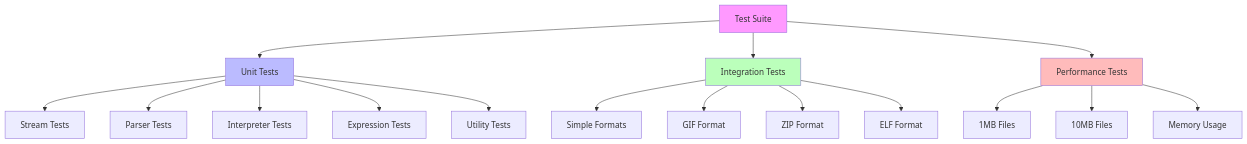
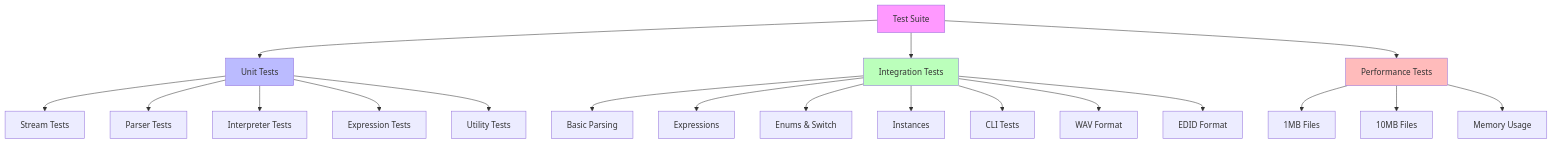
One commit to fabianopinto/kaitai-struct-ts changed diagram 11 of 11 in docs/ARCHITECTURE.md. Above: the diagram before and after it, drawn with Mermaid. The commit also changed other lines of this file and 1 other file, not shown here.

First line of the commit message:
docs: update ARCHITECTURE and EXAMPLES with v0.9.0 features

````diff
--- a/docs/ARCHITECTURE.md
+++ b/docs/ARCHITECTURE.md
@@ -326,26 +332,29 @@
 ```mermaid
 graph TD
     A[Test Suite] --> B[Unit Tests]
     A --> C[Integration Tests]
     A --> D[Performance Tests]
 
     B --> B1[Stream Tests]
     B --> B2[Parser Tests]
     B --> B3[Interpreter Tests]
     B --> B4[Expression Tests]
     B --> B5[Utility Tests]
 
-    C --> C1[Simple Formats]
-    C --> C2[GIF Format]
-    C --> C3[ZIP Format]
-    C --> C4[ELF Format]
+    C --> C1[Basic Parsing]
+    C --> C2[Expressions]
+    C --> C3[Enums & Switch]
+    C --> C4[Instances]
+    C --> C5[CLI Tests]
+    C --> C6[WAV Format]
+    C --> C7[EDID Format]
 
     D --> D1[1MB Files]
     D --> D2[10MB Files]
     D --> D3[Memory Usage]
 
     style A fill:#f9f
     style B fill:#bbf
     style C fill:#bfb
     style D fill:#fbb
 ```
````
